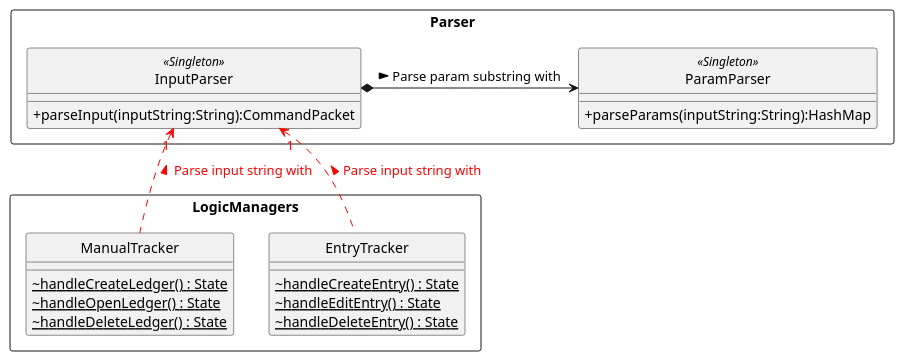
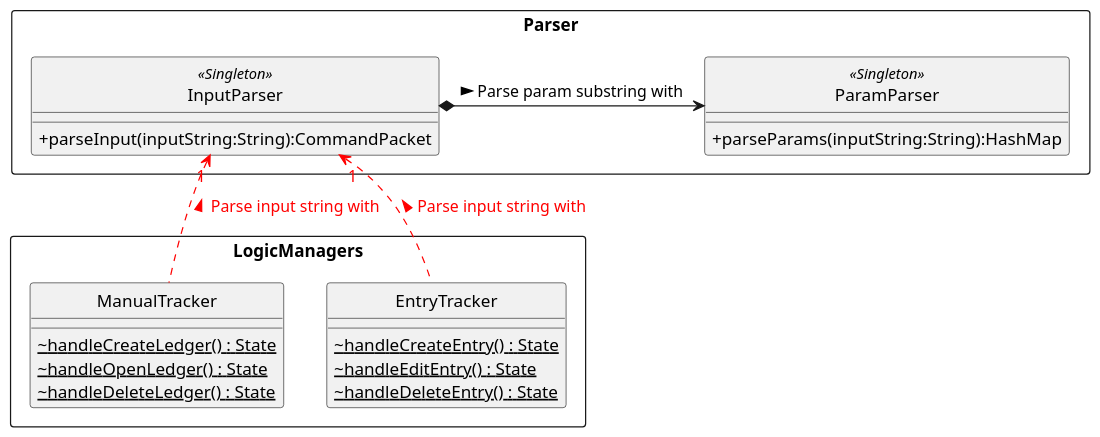
One commit to nus-cs2113-AY2021S1/tp changed the diagram in docs/diagrams/manualtracker/Handler_Parser.puml. Above: the diagram before and after it, drawn with PlantUML. The commit also changed 28 other files, not shown here.

```diff
--- a/docs/diagrams/manualtracker/Handler_Parser.puml
+++ b/docs/diagrams/manualtracker/Handler_Parser.puml
@@ -1,42 +1,43 @@
 @startuml
+scale 1094 width
 hide circle
 skinparam classAttributeIconSize 0
 skinparam BoxPadding 20
 skinparam shadowing false
 
 
 skinparam package<<Layout>> {
   borderColor Transparent
   backgroundColor Transparent
   fontColor Transparent
   stereotypeFontColor Transparent
 }
 
 rectangle LogicManagers {
     class ManualTracker {
         ~ {static} handleCreateLedger() : State
         ~ {static} handleOpenLedger() : State
         ~ {static} handleDeleteLedger() : State
     }
 
     class EntryTracker {
         ~ {static} handleCreateEntry() : State
         ~ {static} handleEditEntry() : State
         ~ {static} handleDeleteEntry() : State
     }
 }
 
 rectangle Parser{
     class InputParser <<Singleton>> {
         + parseInput(inputString:String):CommandPacket
     }
 
     class ParamParser <<Singleton>> {
         + parseParams(inputString:String):HashMap
     }
     InputParser *-> ParamParser : Parse param substring with >
     InputParser "1" <-[#red]- ManualTracker #line:red;line.dashed;text:red : Parse input string with <
 
     InputParser "1" <-[#red]- EntryTracker  #line:red;line.dashed;text:red : Parse input string with <
 }
 @enduml
```
